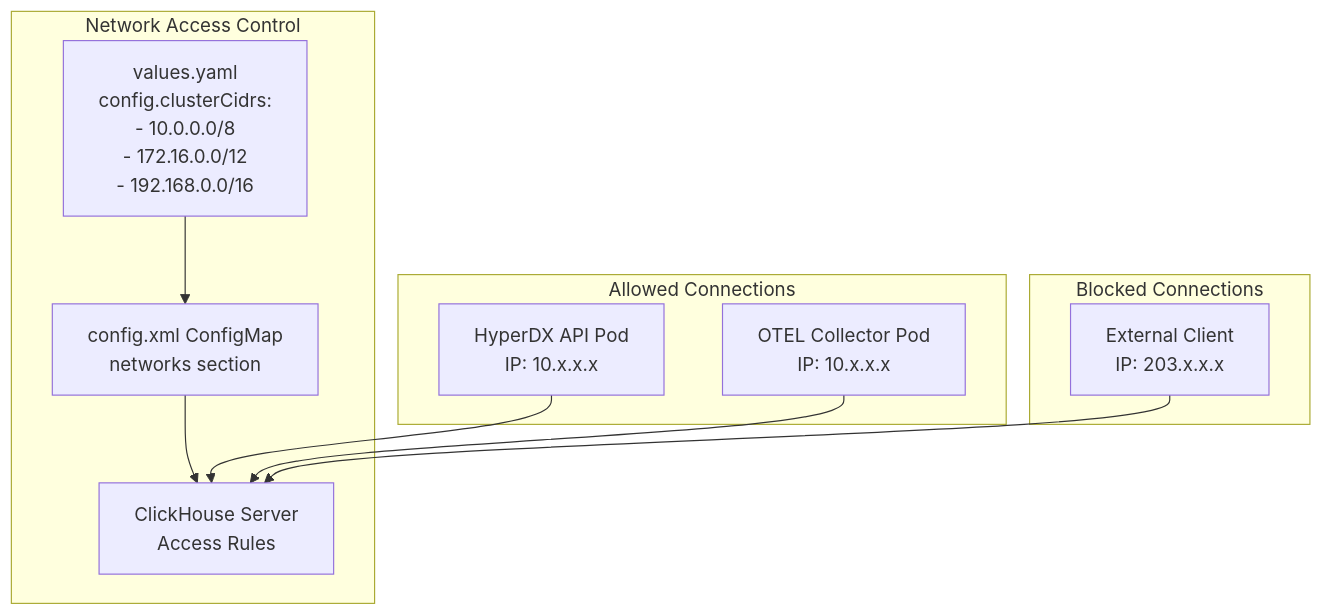
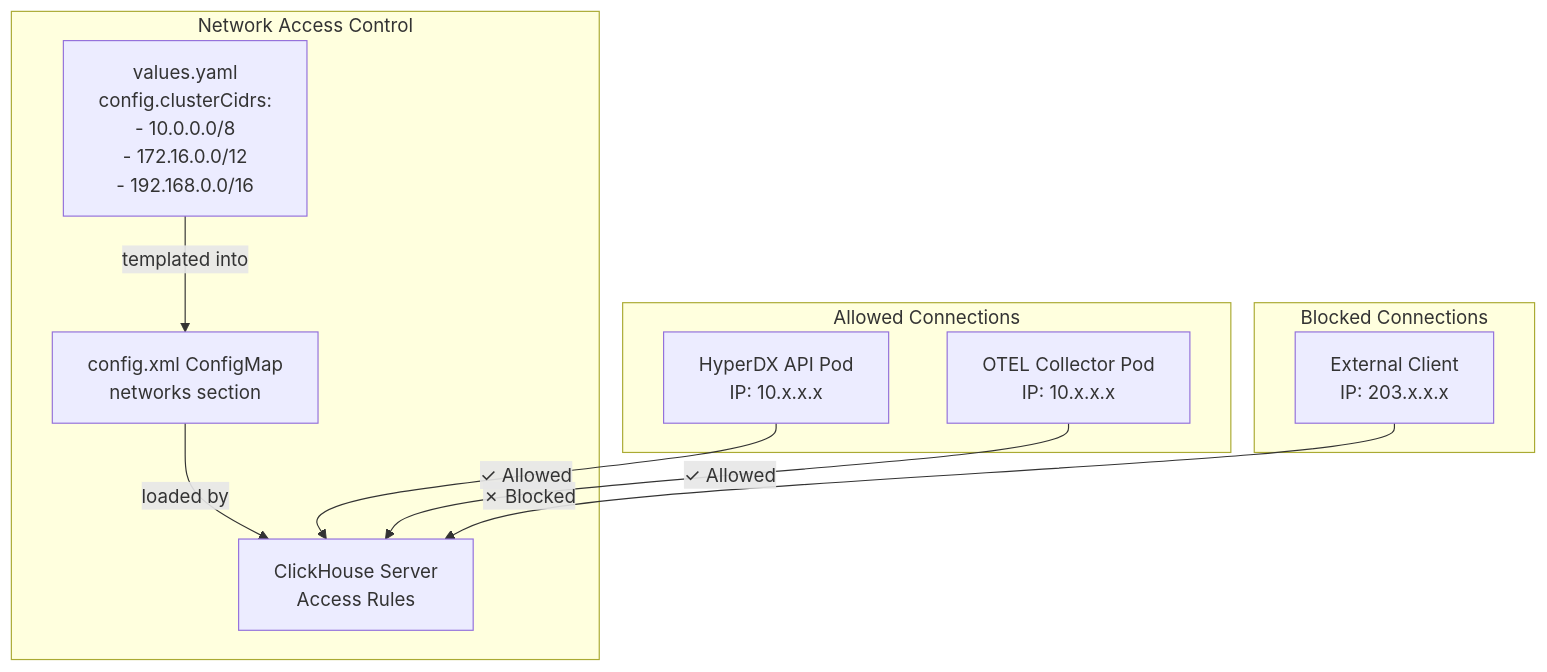
The fourth of 4 diagrams in docs/hyperdxio-helm-charts-docs/ClickHouse-Configuration.md (openchoreo/openchoreo), drawn with Mermaid before and after one commit. The commit also changed other lines of this file and 85 other files, not shown here.

Commit message:
feat: Add new workflow and specification templates, update Helm chart dependencies, and clarify documentation diagrams.

````diff
--- a/docs/hyperdxio-helm-charts-docs/ClickHouse-Configuration.md
+++ b/docs/hyperdxio-helm-charts-docs/ClickHouse-Configuration.md
@@ -401,31 +401,31 @@
 ```mermaid
 flowchart TD
 
 ConfigCIDRs["values.yaml<br>config.clusterCidrs:<br>- 10.0.0.0/8<br>- 172.16.0.0/12<br>- 192.168.0.0/16"]
 ConfigXML["config.xml ConfigMap<br>networks section"]
 ClickHouseServer["ClickHouse Server<br>Access Rules"]
 InternalAPI["HyperDX API Pod<br>IP: 10.x.x.x"]
 InternalOTEL["OTEL Collector Pod<br>IP: 10.x.x.x"]
 ExternalClient["External Client<br>IP: 203.x.x.x"]
 
-InternalAPI --> ClickHouseServer
-InternalOTEL --> ClickHouseServer
-ExternalClient --> ClickHouseServer
+InternalAPI -->|"✓ Allowed"| ClickHouseServer
+InternalOTEL -->|"✓ Allowed"| ClickHouseServer
+ExternalClient -->|"✗ Blocked"| ClickHouseServer
 
 subgraph subGraph2 ["Blocked Connections"]
     ExternalClient
 end
 
 subgraph subGraph1 ["Allowed Connections"]
     InternalAPI
     InternalOTEL
 end
 
 subgraph subGraph0 ["Network Access Control"]
     ConfigCIDRs
     ConfigXML
     ClickHouseServer
-    ConfigCIDRs --> ConfigXML
-    ConfigXML --> ClickHouseServer
+    ConfigCIDRs -->|"templated into"| ConfigXML
+    ConfigXML -->|"loaded by"| ClickHouseServer
 end
 ```
````
